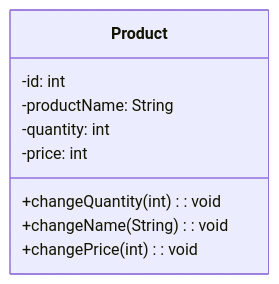
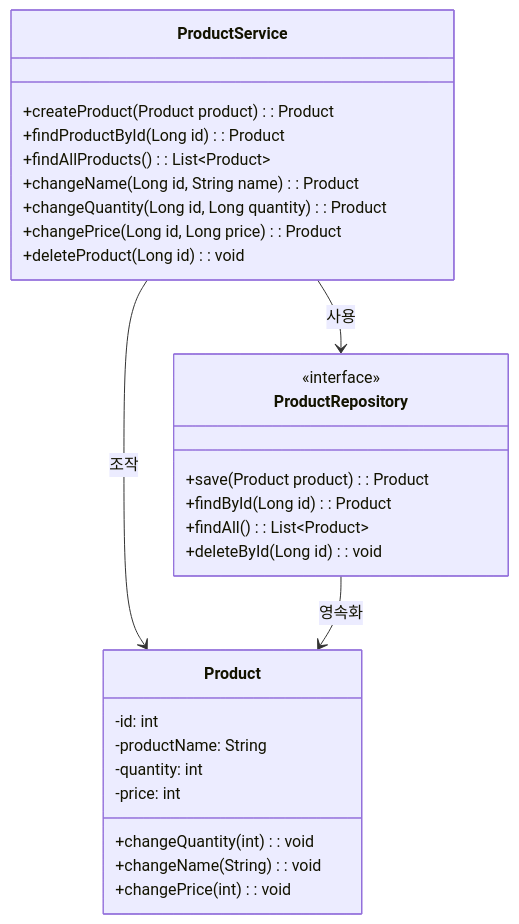
The diagram in product-management-system/README.md (GoGradually/SuperBoard), drawn with Mermaid before and after one commit. The commit also changed 2 other files, not shown here.

````diff
--- a/product-management-system/README.md
+++ b/product-management-system/README.md
@@ -61,12 +61,33 @@
 ```mermaid
 classDiagram
 	class Product{
 		-id: int
 		-productName: String
 		-quantity: int
 		-price: int
 		+changeQuantity(int): void
 		+changeName(String): void
 		+changePrice(int): void
 	}
+	class ProductService {
+        +createProduct(Product product): Product
+        +findProductById(Long id): Product
+        +findAllProducts(): List~Product~
+        +changeName(Long id, String name): Product
+        +changeQuantity(Long id, Long quantity): Product
+        +changePrice(Long id, Long price): Product
+        +deleteProduct(Long id): void
+    }
+
+    class ProductRepository {
+        <<interface>>
+        +save(Product product): Product
+        +findById(Long id): Product
+        +findAll(): List~Product~
+        +deleteById(Long id): void
+    }
+    ProductService --> ProductRepository : 사용
+    ProductService --> Product : 조작
+    ProductRepository --> Product : 영속화
+
 ```
````
